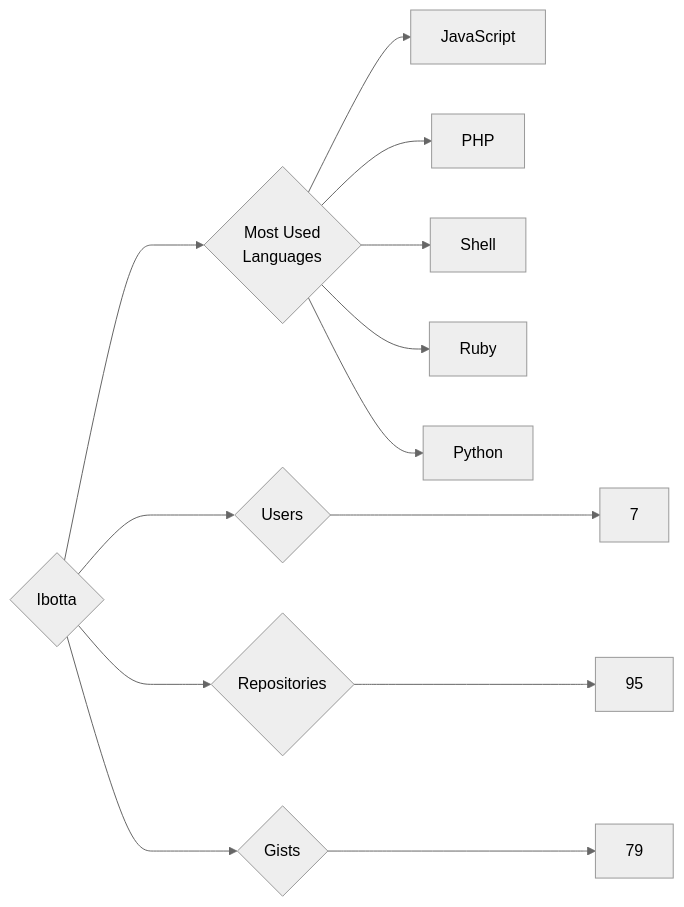
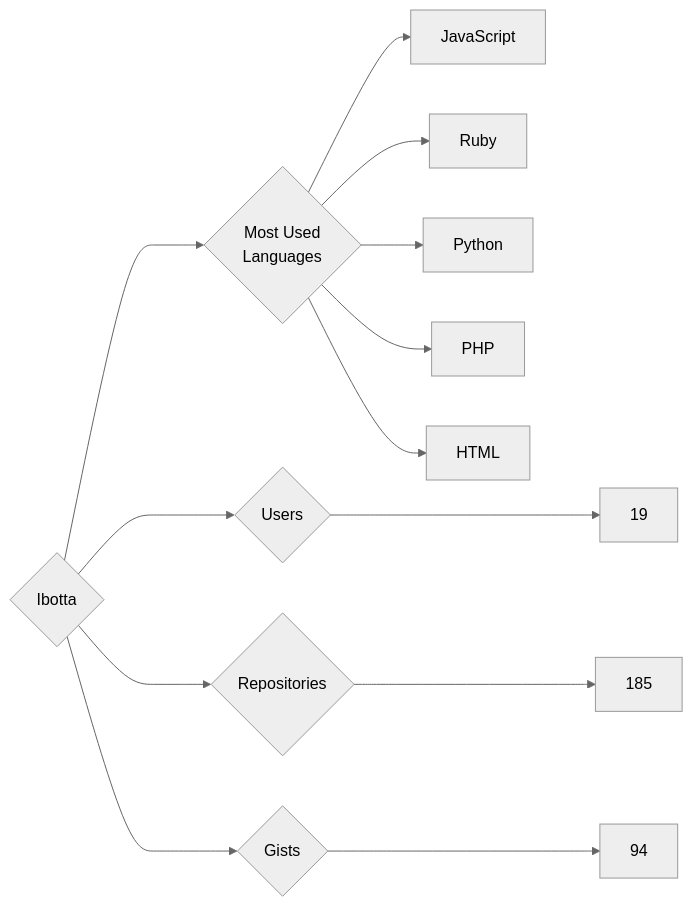
Before and after one commit to trickest/insiders: the diagram in targets/Ibotta/README.md, drawn with Mermaid (neutral theme). The commit also changed 916 other files, not shown here.

````diff
--- a/targets/Ibotta/README.md
+++ b/targets/Ibotta/README.md
@@ -3,13 +3,13 @@
 ```mermaid
 graph LR
 COMPANY_NAME{Ibotta}
-COMPANY_NAME ---> U{Users} ---> UN[7]
-COMPANY_NAME ---> R{Repositories} ---> RN[95]
-COMPANY_NAME ---> G{Gists} ---> GN[79]
+COMPANY_NAME ---> U{Users} ---> UN[19]
+COMPANY_NAME ---> R{Repositories} ---> RN[185]
+COMPANY_NAME ---> G{Gists} ---> GN[94]
 COMPANY_NAME ---> ML{Most Used<br>Languages}
 ML --> JavaScript[JavaScript]
-ML --> PHP[PHP]
-ML --> Shell[Shell]
 ML --> Ruby[Ruby]
 ML --> Python[Python]
+ML --> PHP[PHP]
+ML --> HTML[HTML]
 ```
````
